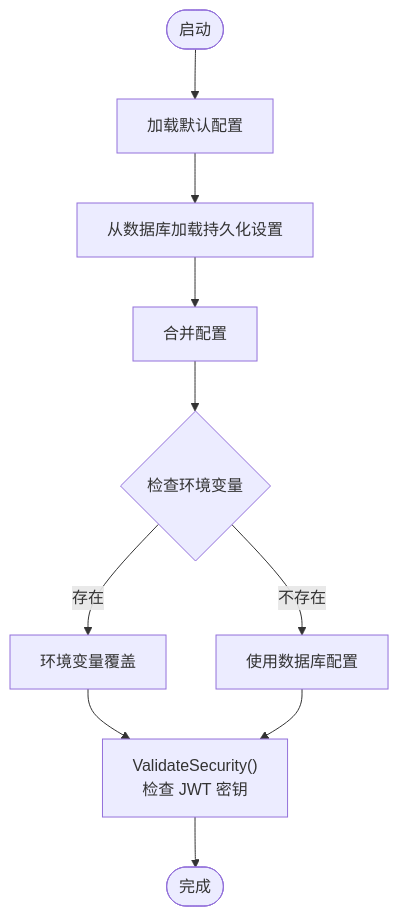
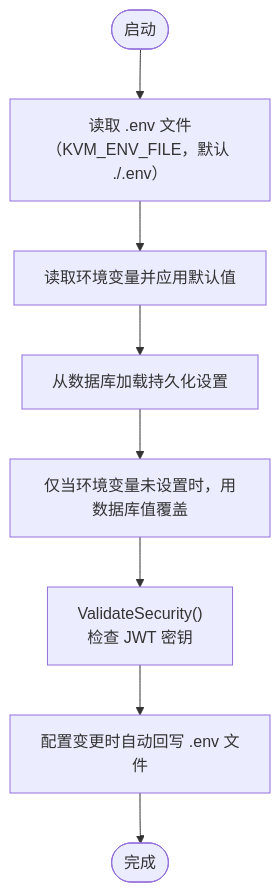
The tenth of 18 diagrams in docs/feature-analysis/qvmconsole-architecture.mdx (QVMConsole/docs), drawn with Mermaid before and after one commit. The commit also changed other lines of this file and 37 other files, not shown here.

````diff
--- a/docs/feature-analysis/qvmconsole-architecture.mdx
+++ b/docs/feature-analysis/qvmconsole-architecture.mdx
@@ -527,12 +607,10 @@
 ```mermaid
 flowchart TD
-    Start(["启动"]) --> InitCfg["加载默认配置"]
+    Start(["启动"]) --> EnvFile["读取 .env 文件（KVM_ENV_FILE，默认 ./.env）"]
+    EnvFile --> InitCfg["读取环境变量并应用默认值"]
     InitCfg --> LoadDB["从数据库加载持久化设置"]
-    LoadDB --> Merge["合并配置"]
-    Merge --> EnvCheck{"检查环境变量"}
-    EnvCheck -->|存在| Override["环境变量覆盖"]
-    EnvCheck -->|不存在| UseDB["使用数据库配置"]
-    Override --> Security["ValidateSecurity()<br/>检查 JWT 密钥"]
-    UseDB --> Security
-    Security --> Done(["完成"])
+    LoadDB --> Merge["仅当环境变量未设置时，用数据库值覆盖"]
+    Merge --> Security["ValidateSecurity()<br/>检查 JWT 密钥"]
+    Security --> SyncEnv["配置变更时自动回写 .env 文件"]
+    SyncEnv --> Done(["完成"])
 ```
````
